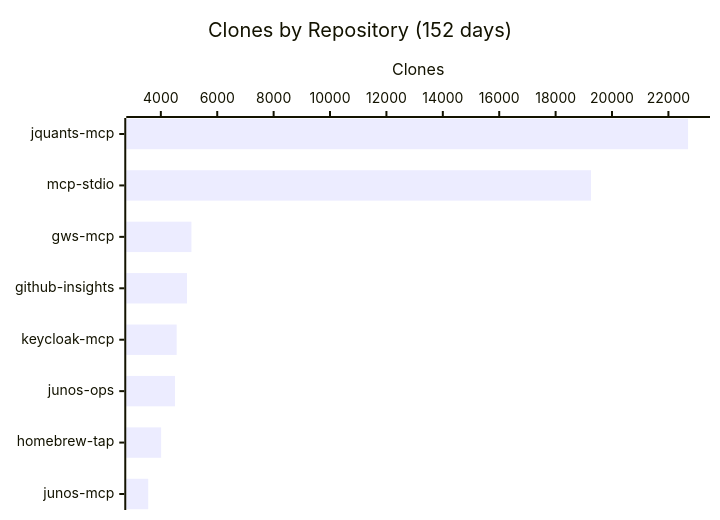
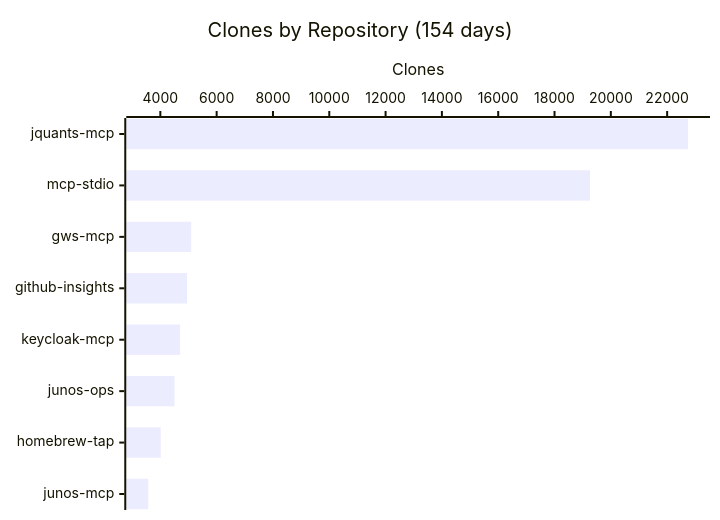
One commit to shigechika/github-insights changed the fourth of 4 diagrams in README.md. Above: the diagram before and after it, drawn with Mermaid. The commit also changed other lines of this file and 2 other files, not shown here.

````diff
--- a/README.md
+++ b/README.md
@@ -58,7 +58,7 @@
 ```mermaid
 xychart-beta horizontal
-    title "Clones by Repository (152 days)"
+    title "Clones by Repository (154 days)"
     x-axis ["jquants-mcp", "mcp-stdio", "gws-mcp", "github-insights", "keycloak-mcp", "junos-ops", "homebrew-tap", "junos-mcp"]
     y-axis "Clones"
-    bar [22697, 19254, 5084, 4929, 4562, 4501, 4011, 3552]
+    bar [22743, 19263, 5096, 4947, 4703, 4503, 4014, 3569]
 ```
````
